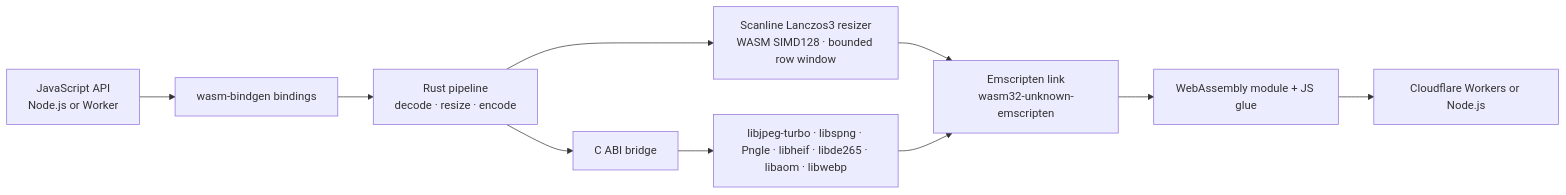
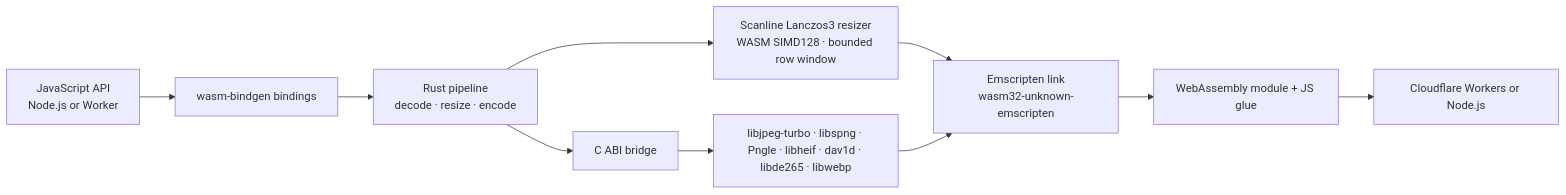
Before and after one commit to mutables-app/image-optimizer: the diagram in README.md, drawn with Mermaid. The commit also changed other lines of this file and 10 other files, not shown here.

````diff
--- a/README.md
+++ b/README.md
@@ -25,12 +25,12 @@
 ```mermaid
 flowchart LR
   API[JavaScript API<br/>Node.js or Worker] --> BIND[wasm-bindgen bindings]
   BIND --> RUST[Rust pipeline<br/>decode · resize · encode]
   RUST --> RESIZE[Scanline Lanczos3 resizer<br/>WASM SIMD128 · bounded row window]
   RUST --> CABI[C ABI bridge]
-  CABI --> CODECS[libjpeg-turbo · libspng · Pngle · libheif · libde265 · libaom · libwebp]
+  CABI --> CODECS[libjpeg-turbo · libspng · Pngle · libheif · dav1d · libde265 · libwebp]
   RESIZE --> LINK[Emscripten link<br/>wasm32-unknown-emscripten]
   CODECS --> LINK
   LINK --> WASM[WebAssembly module + JS glue]
   WASM --> HOST[Cloudflare Workers or Node.js]
 ```
````
